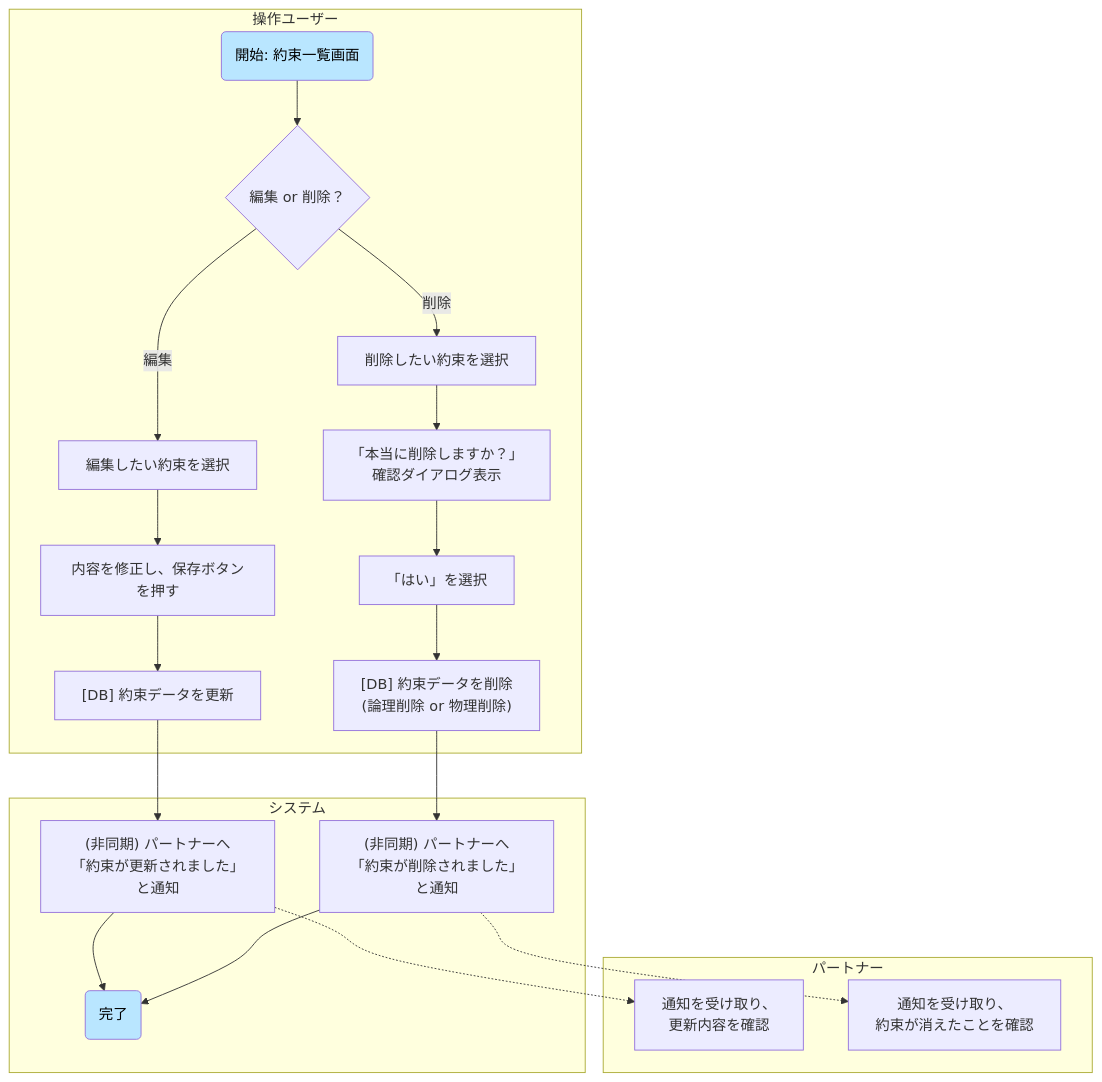
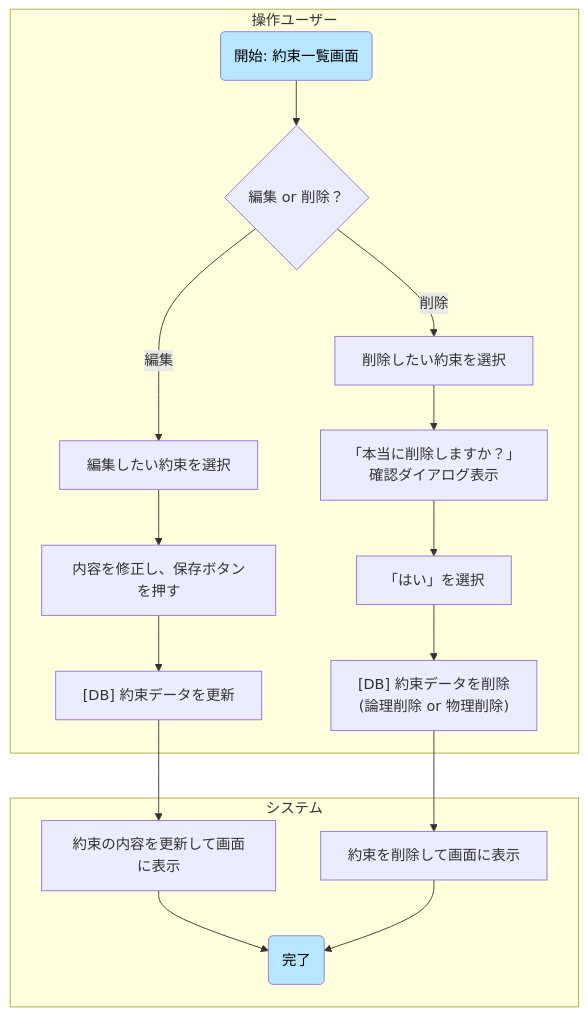
Before and after one commit to compile425/yubikirigennmann: the fifth of 9 diagrams in docs/design.md, drawn with Mermaid. The commit also changed other lines of this file, not shown here.

````diff
--- a/docs/design.md
+++ b/docs/design.md
@@ -122,26 +109,21 @@
 ```mermaid
 
 graph TD
     subgraph "操作ユーザー"
         A1("開始: 約束一覧画面") --> A2{"編集 or 削除？"}
         A2 -- 編集 --> A3["編集したい約束を選択"] --> A4["内容を修正し、保存ボタンを押す"]
         A2 -- 削除 --> B1["削除したい約束を選択"] --> B2["「本当に削除しますか？」<br>確認ダイアログ表示"] --> B3["「はい」を選択"]
         A4 --> S1
         B3 --> S3
     end
 
     subgraph "システム"
-        S1["[DB] 約束データを更新"] --> S2["(非同期) パートナーへ<br>「約束が更新されました」と通知"]
-        S3["[DB] 約束データを削除<br>(論理削除 or 物理削除)"] --> S4["(非同期) パートナーへ<br>「約束が削除されました」と通知"]
+        S1["[DB] 約束データを更新"] --> S2["約束の内容を更新して画面に表示"]
+        S3["[DB] 約束データを削除<br>(論理削除 or 物理削除)"] --> S4["約束を削除して画面に表示"]
         S2 --> C1("完了")
-        S4 --> C1
-    end
-
-    subgraph "パートナー"
-        S2 -.-> P1["通知を受け取り、<br>更新内容を確認"]
-        S4 -.-> P2["通知を受け取り、<br>約束が消えたことを確認"]
+        S4 --> C1("完了")
     end
 
     style A1 fill:#B9E6FF,color:#000
     style C1 fill:#B9E6FF,color:#000
 ```
````
